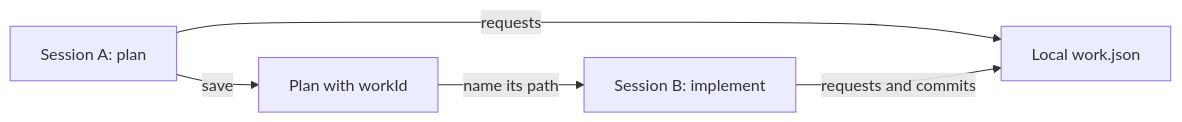
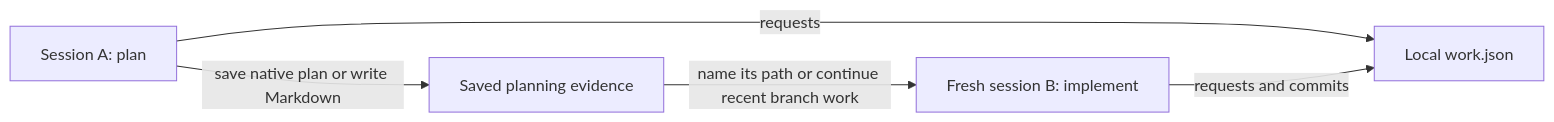
The first of 5 diagrams in docs/work-attribution.md (getkimchi/kimchi), drawn with Mermaid before and after one commit. The commit also changed other lines of this file and 14 other files, not shown here.

Commit message:
feat(attribution): recover cross-session work

````diff
--- a/docs/work-attribution.md
+++ b/docs/work-attribution.md
@@ -34,7 +35,7 @@
 ```mermaid
 flowchart LR
-    A["Session A: plan"] -->|save| P["Plan with workId"]
-    P -->|name its path| B["Session B: implement"]
+    A["Session A: plan"] -->|save native plan or write Markdown| P["Saved planning evidence"]
+    P -->|name its path or continue recent branch work| B["Fresh session B: implement"]
     A -->|requests| W["Local work.json"]
     B -->|requests and commits| W
 ```
````
